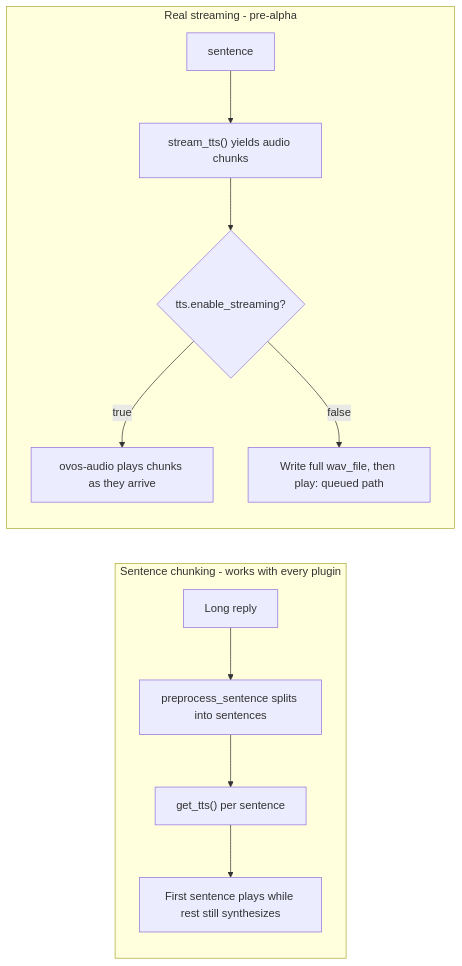
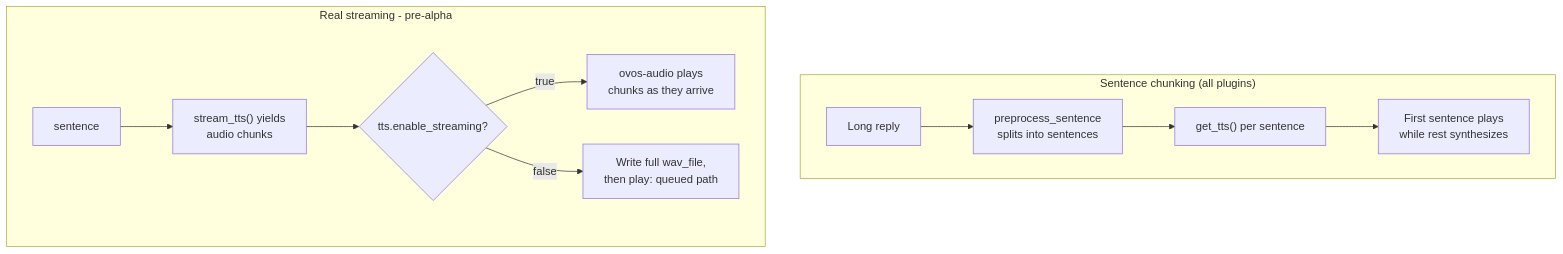
The second of 2 diagrams in docs/tts-plugins.md (OpenVoiceOS/beta-technical-manual), drawn with Mermaid before and after one commit. The commit also changed other lines of this file and 19 other files, not shown here.

First line of the commit message:
docs: fit diagrams to the content column; arena live URL

````diff
--- a/docs/tts-plugins.md
+++ b/docs/tts-plugins.md
@@ -620,14 +620,14 @@
 ```mermaid
-flowchart LR
-    subgraph Chunking["Sentence chunking - works with every plugin"]
-        A1[Long reply] --> A2["preprocess_sentence splits into sentences"]
+flowchart TD
+    subgraph Chunking["Sentence chunking (all plugins)"]
+        A1[Long reply] --> A2["preprocess_sentence<br/>splits into sentences"]
         A2 --> A3["get_tts() per sentence"]
-        A3 --> A4[First sentence plays while rest still synthesizes]
+        A3 --> A4["First sentence plays<br/>while rest synthesizes"]
     end
     subgraph Streaming["Real streaming - pre-alpha"]
-        B1[sentence] --> B2["stream_tts() yields audio chunks"]
+        B1[sentence] --> B2["stream_tts() yields<br/>audio chunks"]
         B2 --> B3{"tts.enable_streaming?"}
-        B3 -->|true| B4[ovos-audio plays chunks as they arrive]
-        B3 -->|false| B5[Write full wav_file, then play: queued path]
+        B3 -->|true| B4["ovos-audio plays<br/>chunks as they arrive"]
+        B3 -->|false| B5["Write full wav_file,<br/>then play: queued path"]
     end
 ```
````
